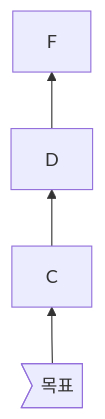
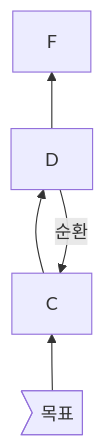
One commit to Wonsoox/Tutorial_GithubTutorial changed the second of 2 diagrams in Tetris_Mermaid.md. Above: the diagram before and after it, drawn with Mermaid.

````diff
--- a/Tetris_Mermaid.md
+++ b/Tetris_Mermaid.md
@@ -7,6 +7,7 @@
 ```mermaid
 flowchart BT
     C --> D
+    D -- 순환 --> C
     D --> F
     G>목표] --> C
 ```
````
